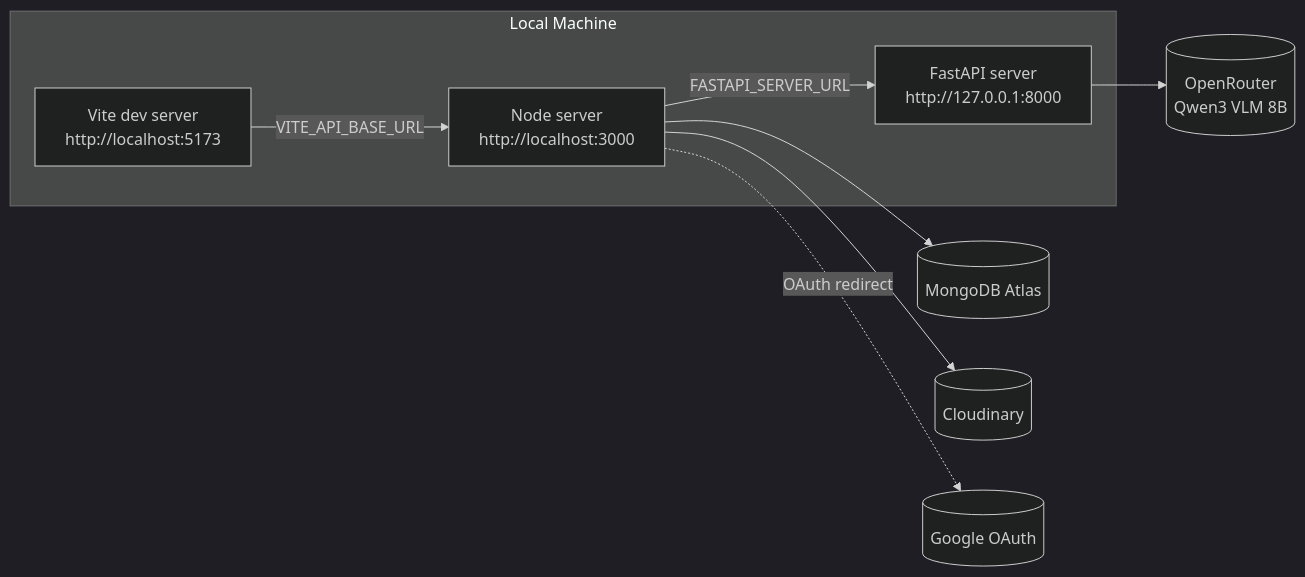
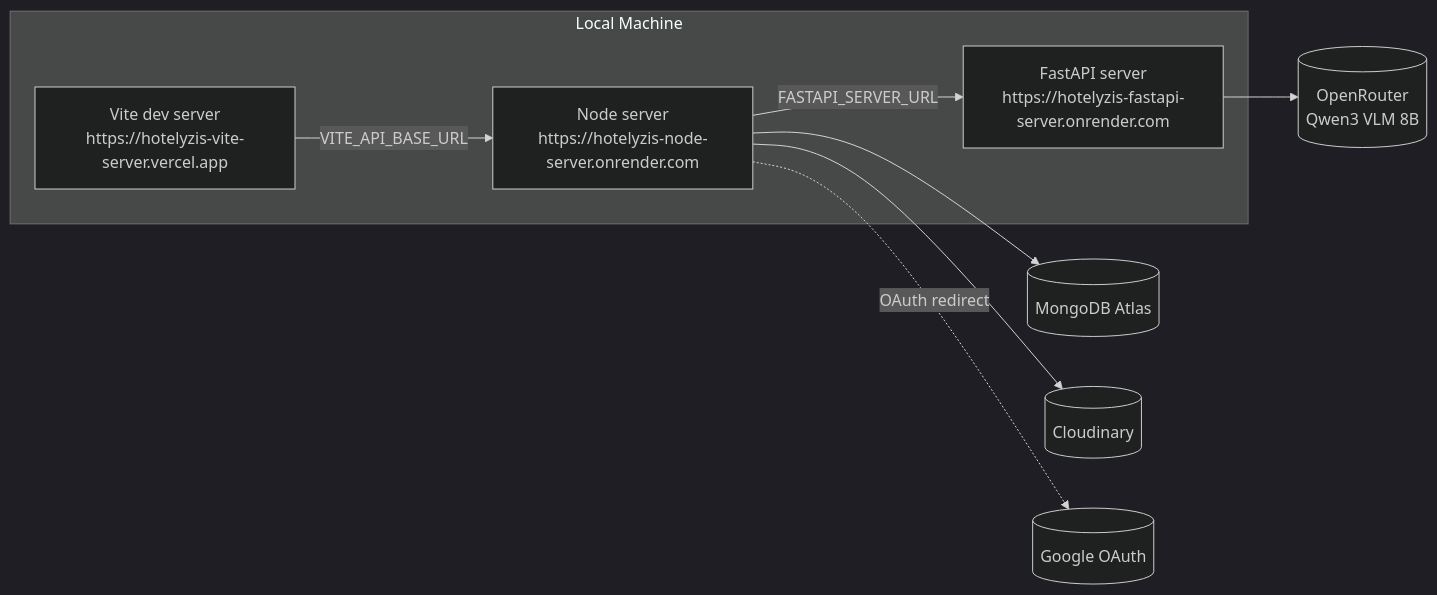
One commit to prajwalSatannavar623/Hotel-Mangement-Analysis changed the diagram in docs/infrastructure.md. Above: the diagram before and after it, drawn with Mermaid (dark theme). The commit also changed other lines of this file and 5 other files, not shown here.

````diff
--- a/docs/infrastructure.md
+++ b/docs/infrastructure.md
@@ -17,19 +15,19 @@
 ```mermaid
 flowchart LR
     subgraph Local Machine
-        Client["Vite dev server\nhttp://localhost:5173"]
-        Node["Node server\nhttp://localhost:3000"]
-        FastAPI["FastAPI server\nhttp://127.0.0.1:8000"]
+        Client["Vite dev server\nhttps://hotelyzis-vite-server.vercel.app"]
+        Node["Node server\nhttps://hotelyzis-node-server.onrender.com"]
+        FastAPI["FastAPI server\nhttps://hotelyzis-fastapi-server.onrender.com"]
     end
     Mongo[(MongoDB Atlas)]
     Cloudinary[(Cloudinary)]
     Google[(Google OAuth)]
     OpenRouter[(OpenRouter\nQwen3 VLM 8B)]
 
     Client -->|VITE_API_BASE_URL| Node
     Node -->|FASTAPI_SERVER_URL| FastAPI
     Node --> Mongo
     Node --> Cloudinary
     Node -.->|OAuth redirect| Google
     FastAPI --> OpenRouter
 ```
````
